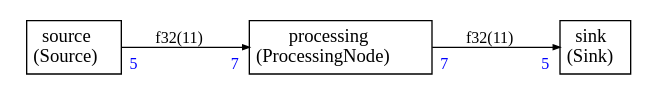
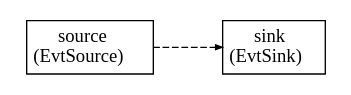
Before and after one commit to ARM-software/CMSIS-Stream: the diagram in Examples/events/simple.dot, drawn with Graphviz. The commit also changed 408 other files, not shown here.

```diff
--- a/Examples/events/simple.dot
+++ b/Examples/events/simple.dot
@@ -1,48 +1,34 @@
 
 
 
 
 digraph structs {
     bgcolor = "white"
     node [shape=plaintext,color="black",fontcolor="black",fontname="Times-Roman"]
     rankdir=LR
     edge [arrowsize="0.5",color="black",fontcolor="black",fontname="Times-Roman"]
 
 
-processing [label=<
-<TABLE color="black" bgcolor="none" BORDER="0" CELLBORDER="1" CELLSPACING="0" CELLPADDING="4">
-  <TR>
-    <TD ALIGN="CENTER" PORT="i"><FONT COLOR="black" POINT-SIZE="14.0">processing<BR/>(ProcessingNode)</FONT></TD>
-  </TR>
-</TABLE>>];
-
 sink [label=<
 <TABLE color="black" bgcolor="none" BORDER="0" CELLBORDER="1" CELLSPACING="0" CELLPADDING="4">
   <TR>
-    <TD ALIGN="CENTER" PORT="i"><FONT COLOR="black" POINT-SIZE="14.0">sink<BR/>(Sink)</FONT></TD>
+    <TD ALIGN="CENTER" PORT="i"><FONT COLOR="black" POINT-SIZE="14.0">sink<BR/>(EvtSink)</FONT></TD>
   </TR>
 </TABLE>>];
 
 source [label=<
 <TABLE color="black" bgcolor="none" BORDER="0" CELLBORDER="1" CELLSPACING="0" CELLPADDING="4">
   <TR>
-    <TD ALIGN="CENTER" PORT="i"><FONT COLOR="black" POINT-SIZE="14.0">source<BR/>(Source)</FONT></TD>
+    <TD ALIGN="CENTER" PORT="i"><FONT COLOR="black" POINT-SIZE="14.0">source<BR/>(EvtSource)</FONT></TD>
   </TR>
 </TABLE>>];
 
 
 
-source:i -> processing:i [style="solid",color="black",fontsize="12.0",fontcolor="black",label=<f32(11)>
-,headlabel=<<TABLE BORDER="0" CELLPADDING="4"><TR><TD><FONT COLOR="blue" POINT-SIZE="12.0" >7</FONT>
-</TD></TR></TABLE>>
-,taillabel=<<TABLE BORDER="0" CELLPADDING="4"><TR><TD><FONT COLOR="blue" POINT-SIZE="12.0" >5</FONT>
-</TD></TR></TABLE>>]
-
-processing:i -> sink:i [style="solid",color="black",fontsize="12.0",fontcolor="black",label=<f32(11)>
-,headlabel=<<TABLE BORDER="0" CELLPADDING="4"><TR><TD><FONT COLOR="blue" POINT-SIZE="12.0" >5</FONT>
-</TD></TR></TABLE>>
-,taillabel=<<TABLE BORDER="0" CELLPADDING="4"><TR><TD><FONT COLOR="blue" POINT-SIZE="12.0" >7</FONT>
-</TD></TR></TABLE>>]
 
 
+source:i -> sink:i [style="dashed",color="black",fontsize="12.0",fontcolor="black",label=<>
+
+]
+
 }
```
